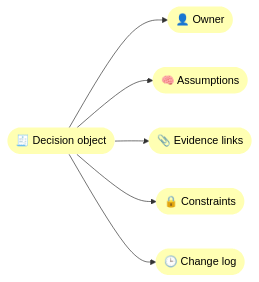
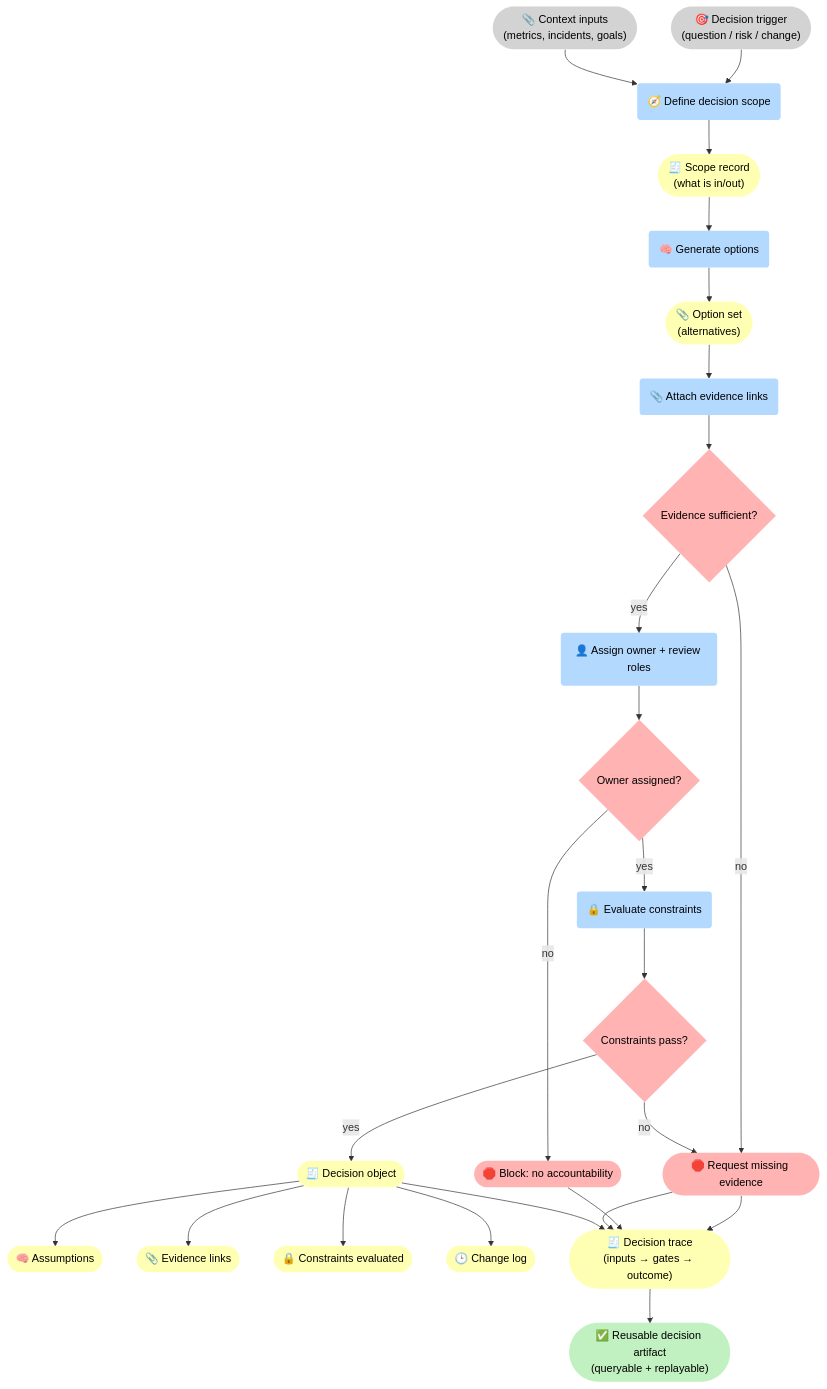
One commit to 5Reasons/5reasons.github.io changed the second of 3 diagrams in docs/case-studies/enterprise-central-memory.md. Above: the diagram before and after it, drawn with Mermaid. The commit also changed other lines of this file and 8 other files, not shown here.

First line of the commit message:
Enhance case studies with detailed flowcharts and explicit gates

````diff
--- a/docs/case-studies/enterprise-central-memory.md
+++ b/docs/case-studies/enterprise-central-memory.md
@@ -98,25 +98,60 @@
 ```mermaid
-flowchart LR
+flowchart TB
 %% Styles (brModel Standard)
 classDef i fill:#D3D3D3,stroke-width:0px,color:#000;
 classDef p fill:#B3D9FF,stroke-width:0px,color:#000;
 classDef r fill:#FFFFB3,stroke-width:0px,color:#000;
 classDef o fill:#C1F0C1,stroke-width:0px,color:#000;
 classDef s fill:#FFB3B3,stroke-width:0px,color:#000;
 
+I_Trig(["🎯 Decision trigger<br>(question / risk / change)"]):::i
+I_Ctx(["📎 Context inputs<br>(metrics, incidents, goals)"]):::i
+
+P_Scope("🧭 Define decision scope"):::p
+R_Scope(["🧾 Scope record<br>(what is in/out)"]):::r
+
+P_Opt("🧠 Generate options"):::p
+R_Opt(["📎 Option set<br>(alternatives)"]):::r
+
+P_Ev("📎 Attach evidence links"):::p
+G_Ev{"Evidence sufficient?"}:::s
+S_Req(["🛑 Request missing evidence"]):::s
+
+P_Own("👤 Assign owner + review roles"):::p
+G_Own{"Owner assigned?"}:::s
+S_Block(["🛑 Block: no accountability"]):::s
+
+P_Cons("🔒 Evaluate constraints"):::p
+G_OK{"Constraints pass?"}:::s
+
 R_D(["🧾 Decision object"]):::r
-R_O(["👤 Owner"]):::r
-R_A(["🧠 Assumptions"]):::r
-R_E(["📎 Evidence links"]):::r
-R_C(["🔒 Constraints"]):::r
-R_CH(["🕒 Change log"]):::r
+R_A(["🧠 Assumptions" ]):::r
+R_E(["📎 Evidence links" ]):::r
+R_C(["🔒 Constraints evaluated" ]):::r
+R_CH(["🕒 Change log" ]):::r
+R_Tr(["🧾 Decision trace<br>(inputs → gates → outcome)"]):::r
 
-R_D --> R_O
+O_Out(["✅ Reusable decision artifact<br>(queryable + replayable)"]):::o
+
+I_Trig --> P_Scope
+I_Ctx --> P_Scope
+P_Scope --> R_Scope --> P_Opt --> R_Opt --> P_Ev --> G_Ev
+
+G_Ev -->|"no"| S_Req --> R_Tr
+G_Ev -->|"yes"| P_Own --> G_Own
+
+G_Own -->|"no"| S_Block --> R_Tr
+G_Own -->|"yes"| P_Cons --> G_OK
+
+G_OK -->|"no"| S_Req --> R_Tr
+G_OK -->|"yes"| R_D
+
 R_D --> R_A
 R_D --> R_E
 R_D --> R_C
 R_D --> R_CH
+R_D --> R_Tr --> O_Out
 
 %% Clickable nodes
 click R_C "/methodology/constraints/" "Constraints"
 ```
````
